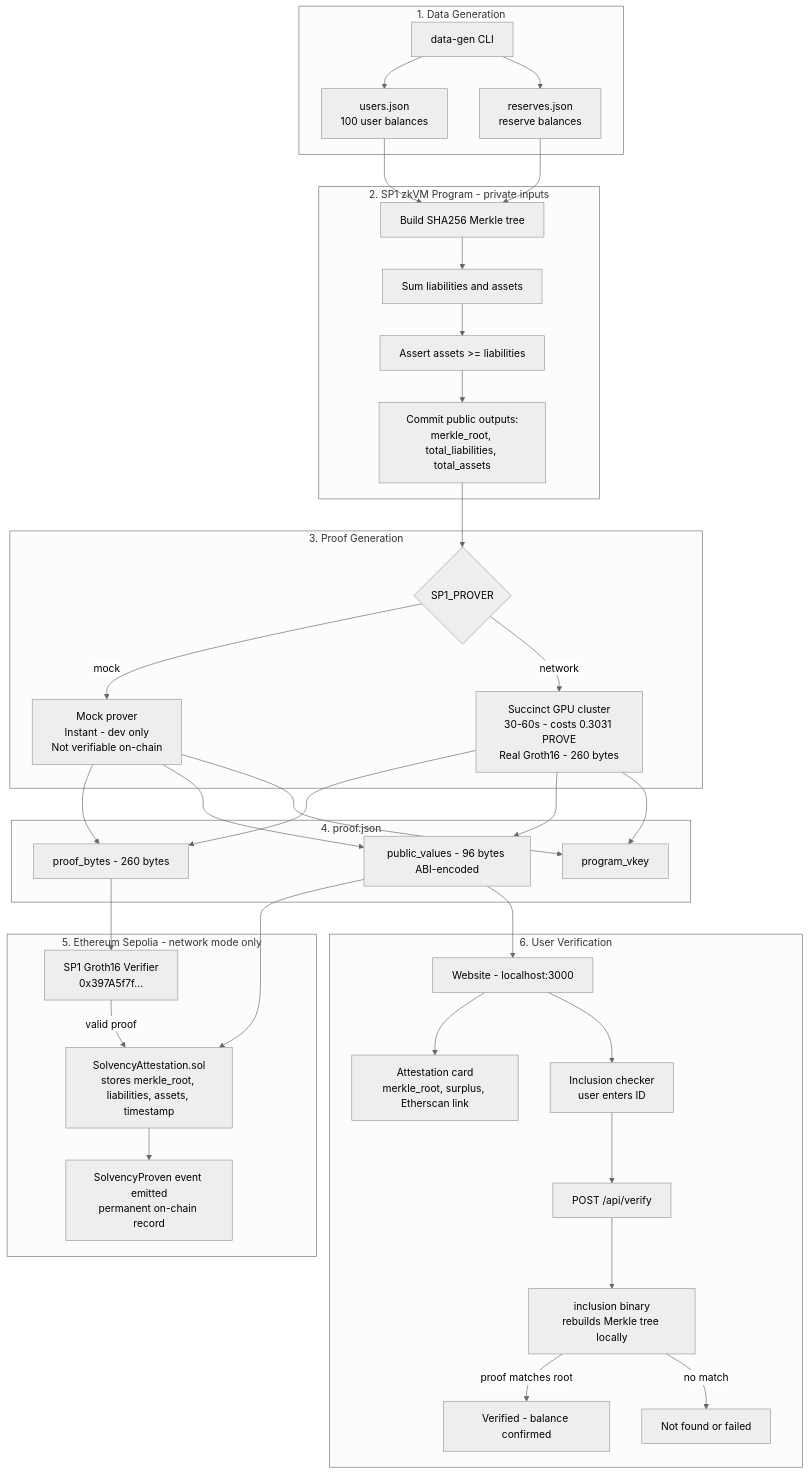
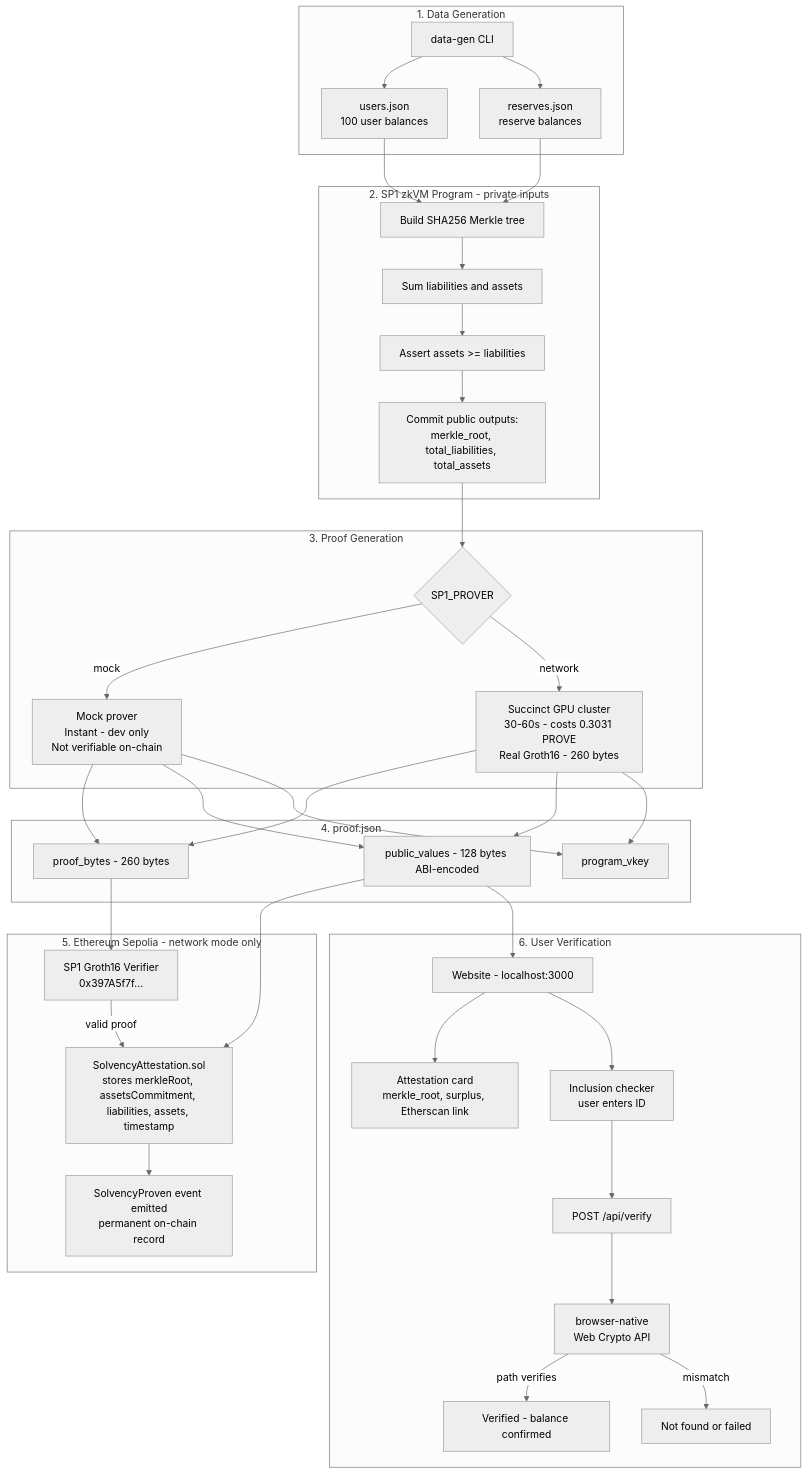
The fourth of 4 diagrams in docs/presentation.md (yx-xyc/zk-solvency), drawn with Mermaid (neutral theme) before and after one commit. The commit also changed 5 other files, not shown here.

````diff
--- a/docs/presentation.md
+++ b/docs/presentation.md
@@ -215,62 +215,62 @@
 ```mermaid
 flowchart TD
     subgraph DataGen[1. Data Generation]
         DG["data-gen CLI"]
         UJ["users.json\n100 user balances"]
         RJ["reserves.json\nreserve balances"]
         DG --> UJ
         DG --> RJ
     end
 
     subgraph ZKProgram[2. SP1 zkVM Program - private inputs]
         MT["Build SHA256 Merkle tree"]
         SUM["Sum liabilities and assets"]
         ASSERT["Assert assets >= liabilities"]
         PUB["Commit public outputs:\nmerkle_root, total_liabilities, total_assets"]
         MT --> SUM --> ASSERT --> PUB
     end
 
     subgraph ProofGen[3. Proof Generation]
         ENV{SP1_PROVER}
         MOCK["Mock prover\nInstant - dev only\nNot verifiable on-chain"]
         NET["Succinct GPU cluster\n30-60s - costs 0.3031 PROVE\nReal Groth16 - 260 bytes"]
         ENV -->|mock| MOCK
         ENV -->|network| NET
     end
 
     subgraph Artifacts[4. proof.json]
         PB["proof_bytes - 260 bytes"]
-        PV["public_values - 96 bytes ABI-encoded"]
+        PV["public_values - 128 bytes ABI-encoded"]
         VK["program_vkey"]
     end
 
     subgraph OnChain[5. Ethereum Sepolia - network mode only]
         VER["SP1 Groth16 Verifier\n0x397A5f7f..."]
-        SOL["SolvencyAttestation.sol\nstores merkle_root, liabilities, assets, timestamp"]
+        SOL["SolvencyAttestation.sol\nstores merkleRoot, assetsCommitment, liabilities, assets, timestamp"]
         EVT["SolvencyProven event emitted\npermanent on-chain record"]
         VER -->|valid proof| SOL --> EVT
     end
 
     subgraph UserSide[6. User Verification]
         WEB["Website - localhost:3000"]
         CARD["Attestation card\nmerkle_root, surplus, Etherscan link"]
         FORM["Inclusion checker\nuser enters ID"]
         API["POST /api/verify"]
-        BIN["inclusion binary\nrebuilds Merkle tree locally"]
+        BROWSER["browser-native\nWeb Crypto API"]
         OK["Verified - balance confirmed"]
         FAIL["Not found or failed"]
         WEB --> CARD
-        WEB --> FORM --> API --> BIN
-        BIN -->|proof matches root| OK
-        BIN -->|no match| FAIL
+        WEB --> FORM --> API --> BROWSER
+        BROWSER -->|path verifies| OK
+        BROWSER -->|mismatch| FAIL
     end
 
     UJ --> MT
     RJ --> MT
     PUB --> ENV
     MOCK --> PB & PV & VK
     NET --> PB & PV & VK
     PB --> VER
     PV --> SOL
     PV --> WEB
 ```
````
